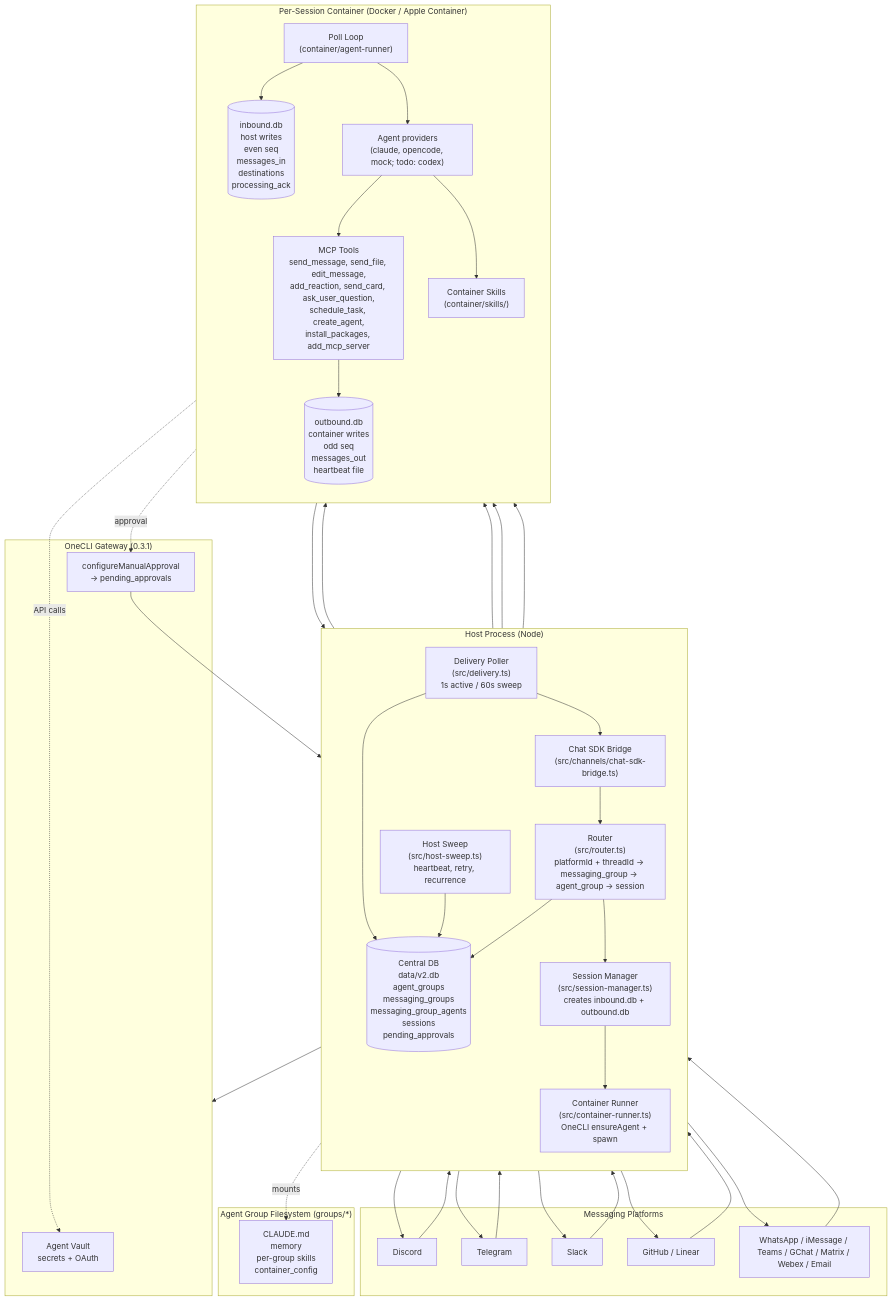
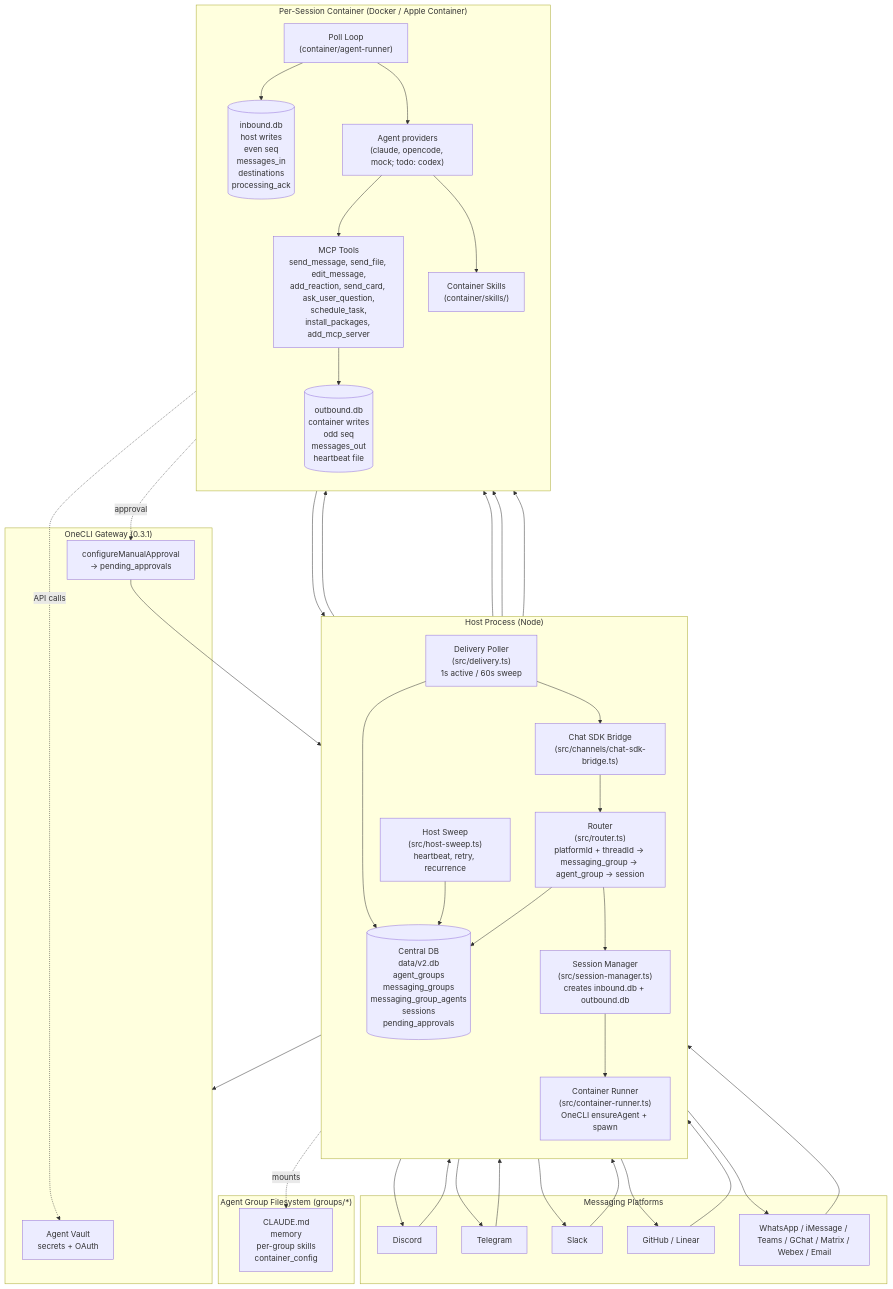
Before and after one commit to jsartisan/nanoclaw: the first of 5 diagrams in docs/architecture-diagram.md, drawn with Mermaid. The commit also changed 17 other files, not shown here.

````diff
--- a/docs/architecture-diagram.md
+++ b/docs/architecture-diagram.md
@@ -5,65 +5,65 @@
 ```mermaid
 flowchart TB
   subgraph Platforms["Messaging Platforms"]
     P1[Discord]
     P2[Telegram]
     P3[Slack]
     P4[GitHub / Linear]
     P5[WhatsApp / iMessage / Teams / GChat / Matrix / Webex / Email]
   end
 
   subgraph Host["Host Process (Node)"]
     direction TB
     Bridge["Chat SDK Bridge<br/>(src/channels/chat-sdk-bridge.ts)"]
     Router["Router<br/>(src/router.ts)<br/>platformId + threadId -> messaging_group -> agent_group -> session"]
     SessMgr["Session Manager<br/>(src/session-manager.ts)<br/>creates inbound.db + outbound.db"]
     Runner["Container Runner<br/>(src/container-runner.ts)<br/>OneCLI ensureAgent + spawn"]
     Delivery["Delivery Poller<br/>(src/delivery.ts)<br/>1s active / 60s sweep"]
     Sweep["Host Sweep<br/>(src/host-sweep.ts)<br/>heartbeat, retry, recurrence"]
     Central[("Central DB<br/>data/v2.db<br/>agent_groups<br/>messaging_groups<br/>messaging_group_agents<br/>sessions<br/>pending_approvals")]
   end
 
   subgraph OneCLI["OneCLI Gateway (0.3.1)"]
     Vault["Agent Vault<br/>secrets + OAuth"]
     Approvals["configureManualApproval<br/>-> pending_approvals"]
   end
 
   subgraph Session["Per-Session Container (Docker / Apple Container)"]
     direction TB
     PollLoop["Poll Loop<br/>(container/agent-runner)"]
     Provider["Agent providers<br/>(claude, opencode, mock; todo: codex)"]
-    MCP["MCP Tools<br/>send_message, send_file, edit_message,<br/>add_reaction, send_card, ask_user_question,<br/>schedule_task, create_agent,<br/>install_packages, add_mcp_server"]
+    MCP["MCP Tools<br/>send_message, send_file, edit_message,<br/>add_reaction, send_card, ask_user_question,<br/>schedule_task,<br/>install_packages, add_mcp_server"]
     Skills["Container Skills<br/>(container/skills/)"]
     InDB[("inbound.db<br/>host writes<br/>even seq<br/>messages_in<br/>destinations<br/>processing_ack")]
     OutDB[("outbound.db<br/>container writes<br/>odd seq<br/>messages_out<br/>heartbeat file")]
   end
 
   subgraph Groups["Agent Group Filesystem (groups/*)"]
     Folder["CLAUDE.md<br/>memory<br/>per-group skills<br/>container_config"]
   end
 
   P1 & P2 & P3 & P4 & P5 --> Bridge
   Bridge --> Router
   Router --> Central
   Router --> SessMgr
   SessMgr --> InDB
   SessMgr --> Runner
   Runner --> OneCLI
   Runner --> PollLoop
   PollLoop --> InDB
   PollLoop --> Provider
   Provider --> MCP
   Provider --> Skills
   MCP --> OutDB
   OutDB --> Delivery
   Delivery --> Central
   Delivery --> Bridge
   Bridge --> P1 & P2 & P3 & P4 & P5
   Sweep --> InDB
   Sweep --> OutDB
   Sweep --> Central
   Runner -.mounts.-> Folder
   MCP -.approval.-> Approvals
   Approvals --> Central
   Provider -.API calls.-> Vault
 ```
````
